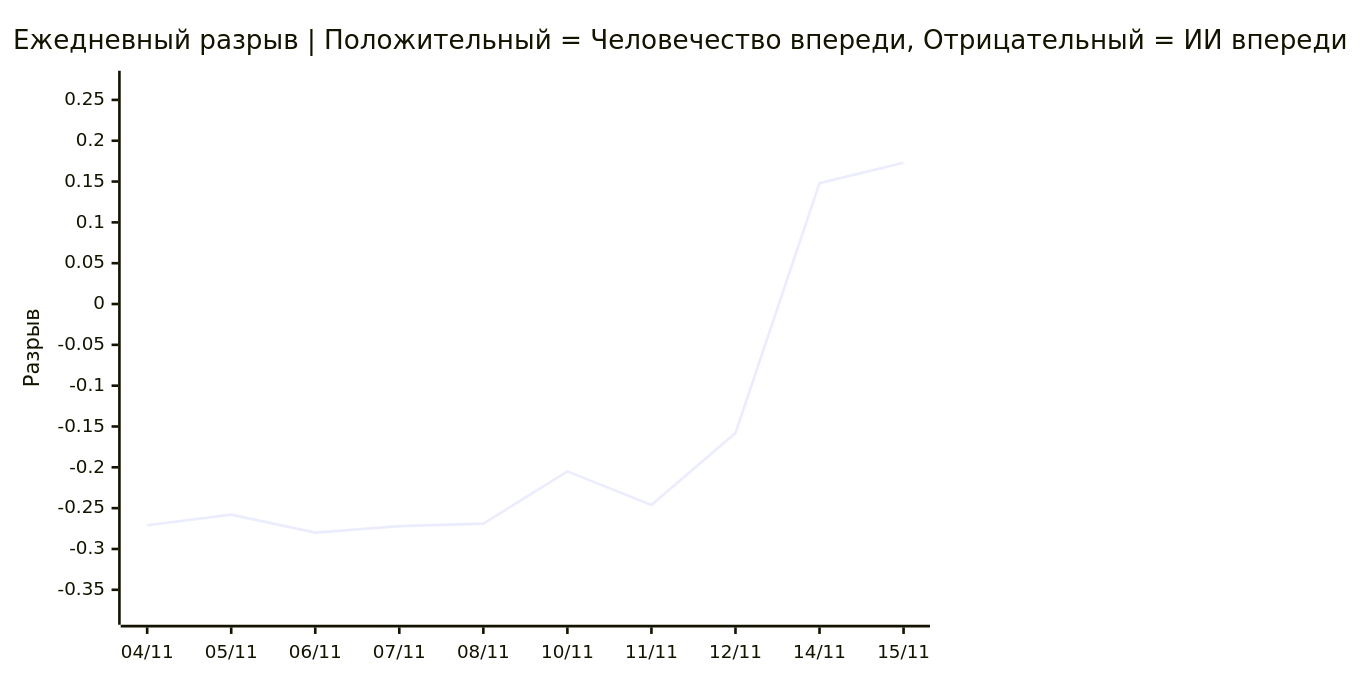
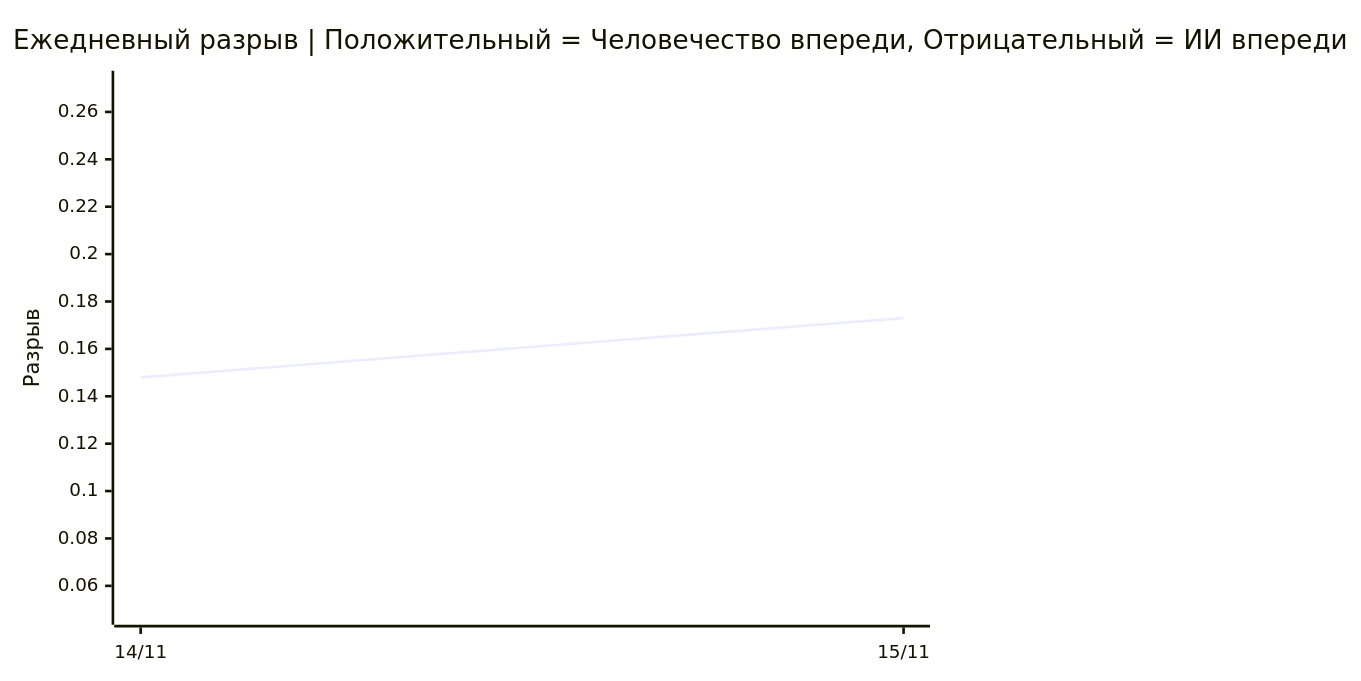
The third of 3 diagrams in README.ru.md (VQQLK/Human-AI-Monitor), drawn with Mermaid before and after one commit. The commit also changed other lines of this file and 2 other files, not shown here.

````diff
--- a/README.ru.md
+++ b/README.ru.md
@@ -54,7 +54,7 @@
 ```mermaid
 xychart-beta
     title "Ежедневный разрыв | Положительный = Человечество впереди, Отрицательный = ИИ впереди"
-    x-axis ["04/11", "05/11", "06/11", "07/11", "08/11", "10/11", "11/11", "12/11", "14/11", "15/11"]
-    y-axis "Разрыв" -0.380 --> 0.273
-    line [-0.271, -0.258, -0.280, -0.272, -0.269, -0.205, -0.246, -0.158, 0.148, 0.173]
+    x-axis ["14/11", "15/11"]
+    y-axis "Разрыв" 0.048 --> 0.273
+    line [0.148, 0.173]
 ```
````
